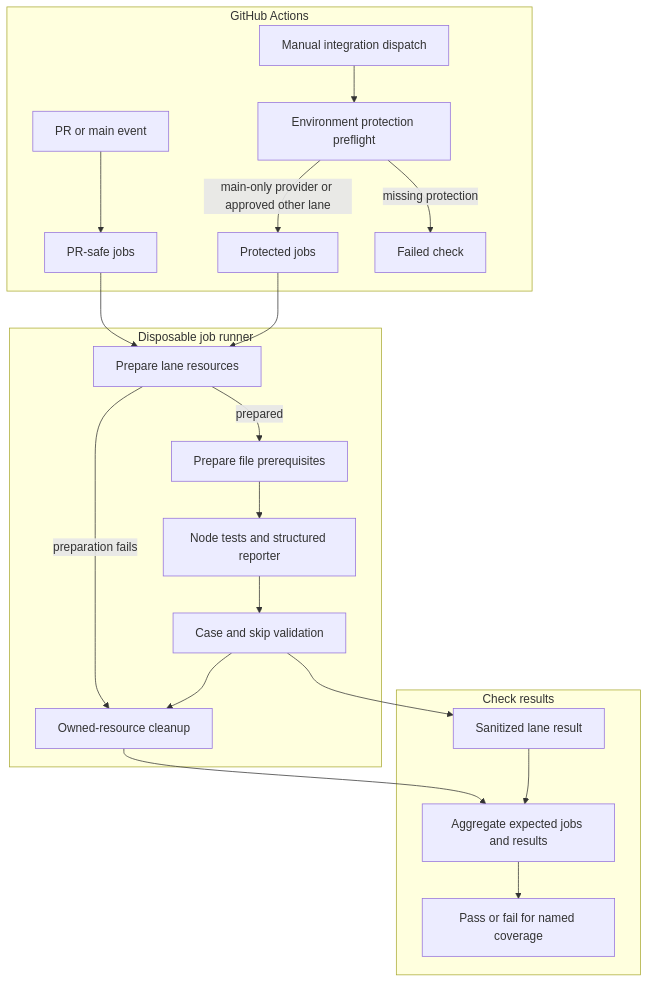
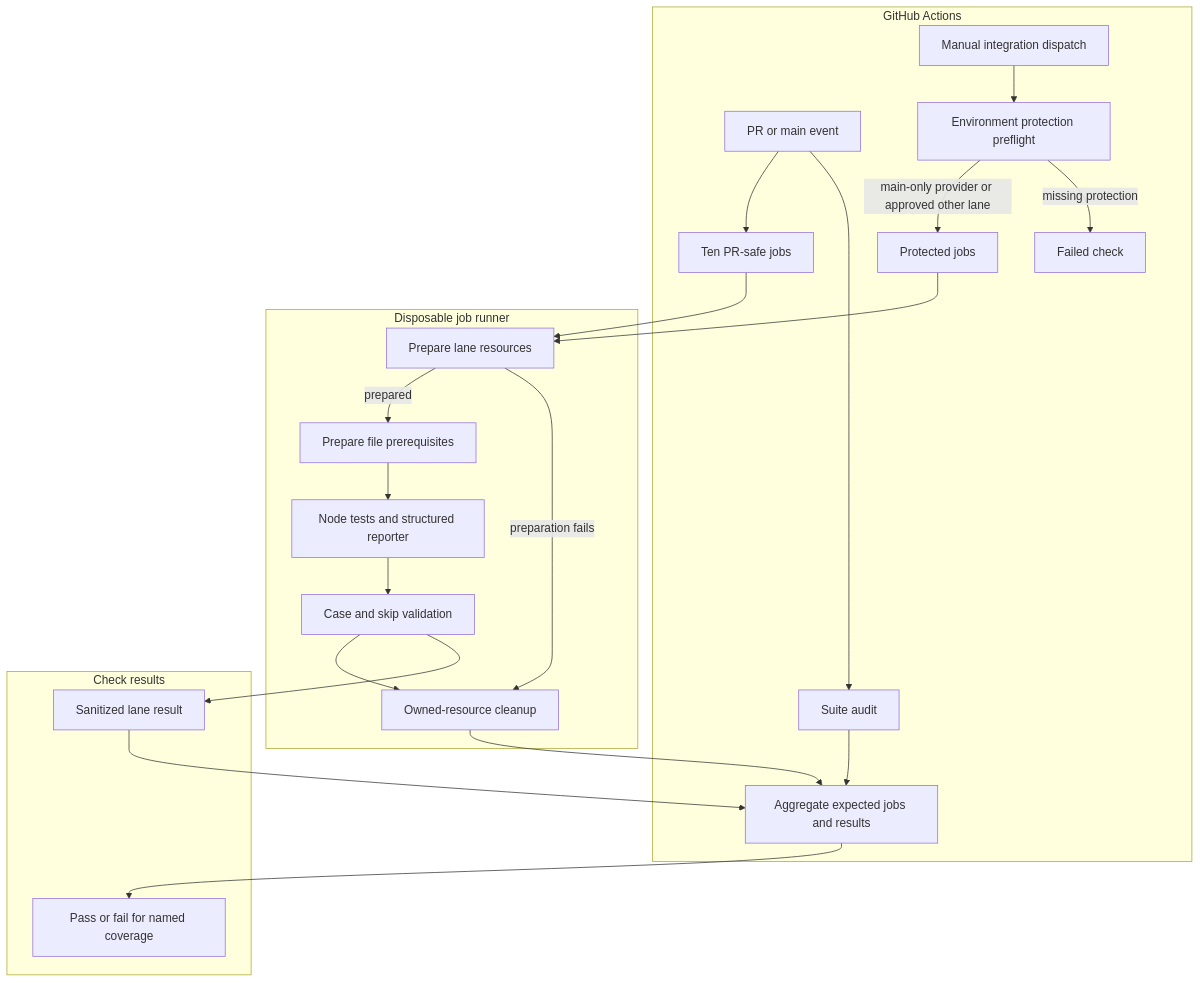
The diagram in docs/flows/github-actions-testing.md (IsaiahStapleton/openclaw-enterprise), drawn with Mermaid before and after one commit. The commit also changed other lines of this file and 10 other files, not shown here.

````diff
--- a/docs/flows/github-actions-testing.md
+++ b/docs/flows/github-actions-testing.md
@@ -21,24 +21,26 @@
 ```mermaid
 graph TD
   subgraph Actions["GitHub Actions"]
-    A["PR or main event"] --> B["PR-safe jobs"]
+    A["PR or main event"] --> B["Ten PR-safe jobs"]
+    A --> N["Suite audit"]
+    N --> L
     C["Manual integration dispatch"] --> D["Environment protection preflight"]
     D -->|main-only provider or approved other lane| E["Protected jobs"]
     D -->|missing protection| X["Failed check"]
   end
   subgraph Runner["Disposable job runner"]
     B --> F["Prepare lane resources"]
     E --> F
     F -->|prepared| G["Prepare file prerequisites"]
     G --> H["Node tests and structured reporter"]
     H --> I["Case and skip validation"]
     F -->|preparation fails| J["Owned-resource cleanup"]
     I --> J
   end
   subgraph Results["Check results"]
     I --> K["Sanitized lane result"]
     J --> L["Aggregate expected jobs and results"]
     K --> L
     L --> M["Pass or fail for named coverage"]
   end
 ```
````
